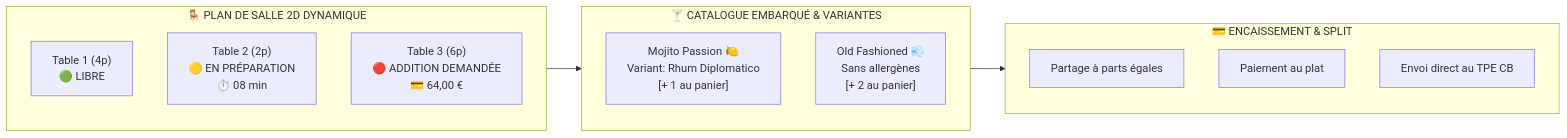
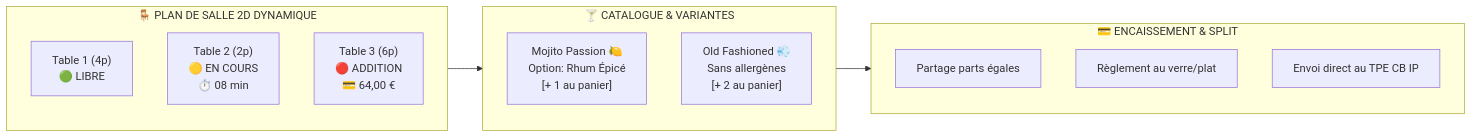
One commit to FunWarry/Open-Bar changed the second of 5 diagrams in README.md. Above: the diagram before and after it, drawn with Mermaid. The commit also changed other lines of this file, not shown here.

````diff
--- a/README.md
+++ b/README.md
@@ -170,21 +195,21 @@
 ```mermaid
 flowchart LR
     subgraph Plan ["🪑 PLAN DE SALLE 2D DYNAMIQUE"]
         T1["Table 1 (4p)\n🟢 LIBRE"]
-        T2["Table 2 (2p)\n🟡 EN PRÉPARATION\n⏱️ 08 min"]
-        T3["Table 3 (6p)\n🔴 ADDITION DEMANDÉE\n💳 64,00 €"]
+        T2["Table 2 (2p)\n🟡 EN COURS\n⏱️ 08 min"]
+        T3["Table 3 (6p)\n🔴 ADDITION\n💳 64,00 €"]
     end
 
-    subgraph PriseCmd ["🍸 CATALOGUE EMBARQUÉ & VARIANTES"]
-        C1["Mojito Passion 🍋\nVariant: Rhum Diplomatico\n[+ 1 au panier]"]
+    subgraph PriseCmd ["🍸 CATALOGUE & VARIANTES"]
+        C1["Mojito Passion 🍋\nOption: Rhum Épicé\n[+ 1 au panier]"]
         C2["Old Fashioned 💨\nSans allergènes\n[+ 2 au panier]"]
     end
 
     subgraph Split ["💳 ENCAISSEMENT & SPLIT"]
-        SP1["Partage à parts égales"]
-        SP2["Paiement au plat"]
-        SP3["Envoi direct au TPE CB"]
+        SP1["Partage parts égales"]
+        SP2["Règlement au verre/plat"]
+        SP3["Envoi direct au TPE CB IP"]
     end
 
     Plan --> PriseCmd --> Split
 ```
````
